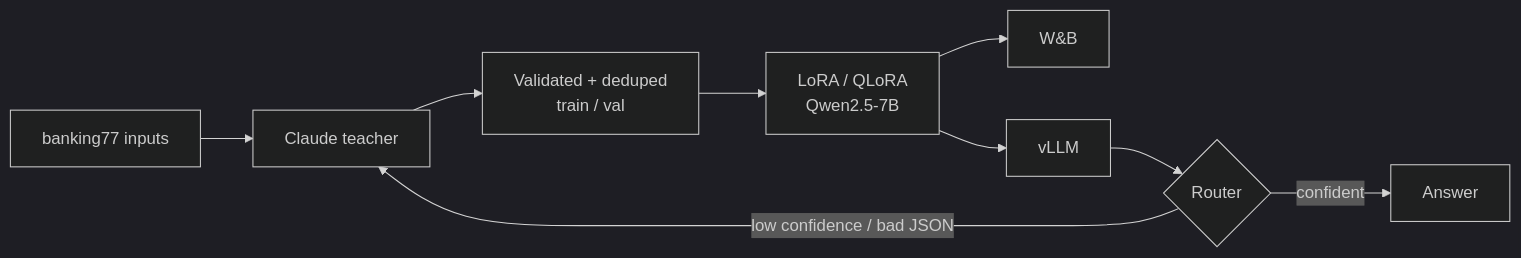
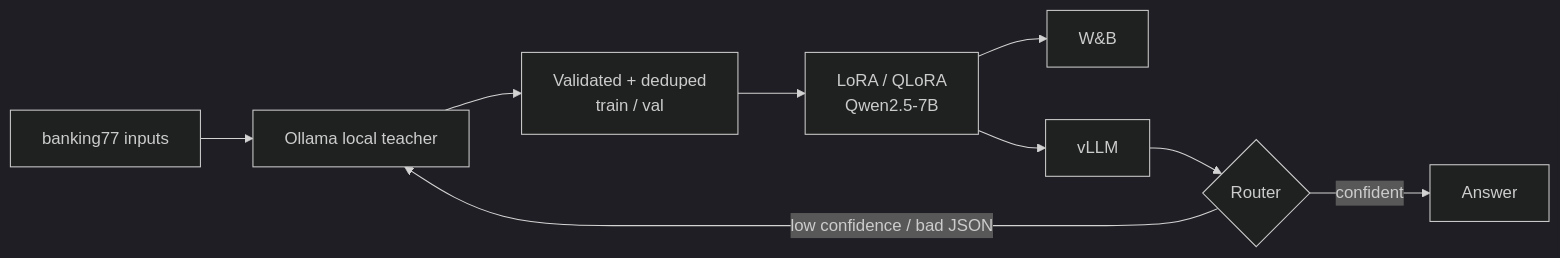
One commit to karthikaditya/p5_distillation changed the diagram in README.md. Above: the diagram before and after it, drawn with Mermaid (dark theme). The commit also changed other lines of this file and 9 other files, not shown here.

````diff
--- a/README.md
+++ b/README.md
@@ -7,8 +7,8 @@
 ```mermaid
 flowchart LR
-  I[banking77 inputs] --> T[Claude teacher] --> D[Validated + deduped<br/>train / val]
+  I[banking77 inputs] --> T[Ollama local teacher] --> D[Validated + deduped<br/>train / val]
   D --> L[LoRA / QLoRA<br/>Qwen2.5-7B] --> WB[W&B]
   L --> V[vLLM] --> RT{Router}
   RT -->|confident| OUT[Answer]
   RT -->|low confidence / bad JSON| T
 ```
````
